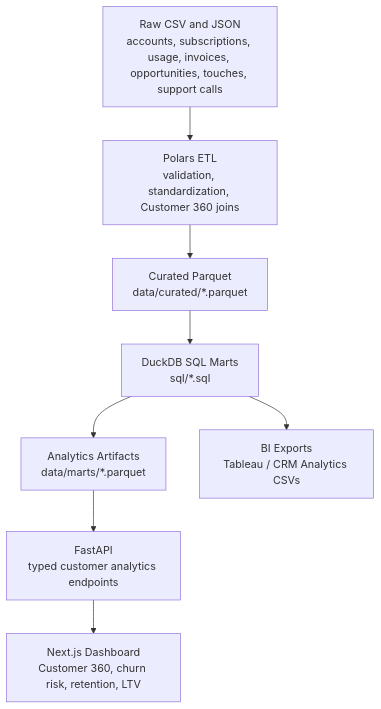
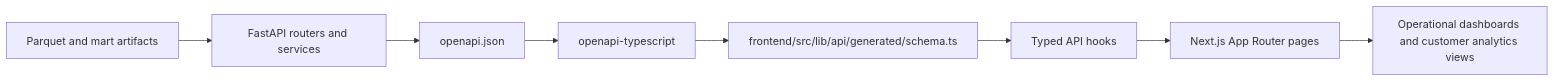
Before and after one commit to bbfosho0/Customer-Success-Analytics-Command-Center: the second of 3 diagrams in README.md, drawn with Mermaid. The commit also changed other lines of this file and 3 other files, not shown here.

````diff
--- a/README.md
+++ b/README.md
@@ -75,14 +42,10 @@
 ```mermaid
-flowchart TD
-    A[Raw CSV and JSON<br/>accounts, subscriptions, usage, invoices, opportunities, touches, support calls]
-    B[Polars ETL<br/>validation, standardization, Customer 360 joins]
-    C[Curated Parquet<br/>data/curated/*.parquet]
-    D[DuckDB SQL Marts<br/>sql/*.sql]
-    E[Analytics Artifacts<br/>data/marts/*.parquet]
-    F[FastAPI<br/>typed customer analytics endpoints]
-    G[Next.js Dashboard<br/>Customer 360, churn risk, retention, LTV]
-    H[BI Exports<br/>Tableau / CRM Analytics CSVs]
-
-    A --> B --> C --> D --> E --> F --> G
-    D --> H
+flowchart LR
+    A[Parquet and mart artifacts] --> B[FastAPI routers and services]
+    B --> C[openapi.json]
+    C --> D[openapi-typescript]
+    D --> E[frontend/src/lib/api/generated/schema.ts]
+    E --> F[Typed API hooks]
+    F --> G[Next.js App Router pages]
+    G --> H[Operational dashboards and customer analytics views]
 ```
````
